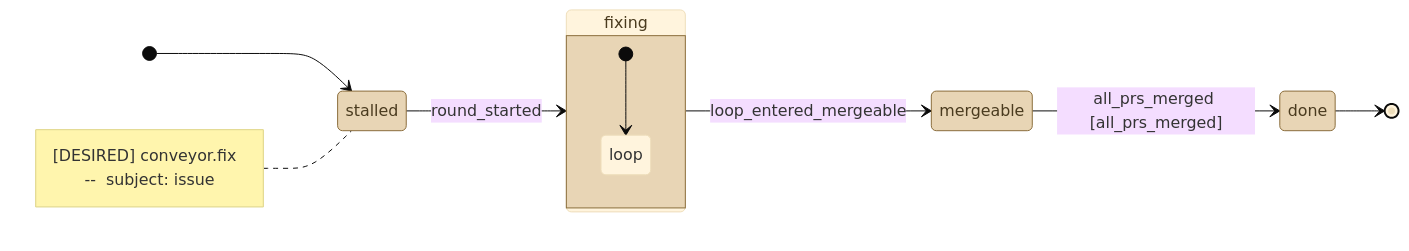
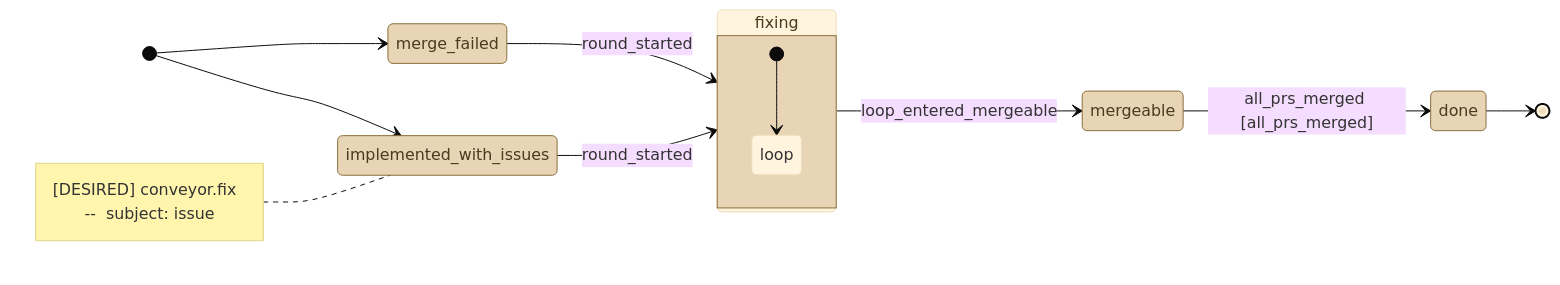
One commit to kostiantyn-matsebora/agent-ops-operator changed the diagram in .github/conveyor-model/mermaid/desired/conveyor_fix.mmd. Above: the diagram before and after it, drawn with Mermaid (base theme). The commit also changed 2 other files, not shown here.

```diff
--- a/.github/conveyor-model/mermaid/desired/conveyor_fix.mmd
+++ b/.github/conveyor-model/mermaid/desired/conveyor_fix.mmd
@@ -1,21 +1,24 @@
 stateDiagram-v2
     direction LR
-    [*] --> stalled
-    note left of stalled
+    [*] --> implemented_with_issues
+    [*] --> merge_failed
+    note left of implemented_with_issues
         [DESIRED] conveyor.fix  --  subject: issue
     end note
     classDef stationState fill:#e8d5b5,stroke:#8a6d3b,color:#4a3b1f
     classDef loopState fill:#c9e4de,stroke:#2f6b5e,color:#1a3b33
-    state stalled
+    state implemented_with_issues
+    state merge_failed
     state fixing
     state mergeable
     state done
-    stalled --> fixing : round_started
+    implemented_with_issues --> fixing : round_started
+    merge_failed --> fixing : round_started
     fixing --> mergeable : loop_entered_mergeable
     mergeable --> done : all_prs_merged [all_prs_merged]
     done --> [*]
-    class stalled, fixing, mergeable, done stationState
+    class implemented_with_issues, merge_failed, fixing, mergeable, done stationState
     state fixing {
         [*] --> loop
         state "loop" as loop
     }
```
